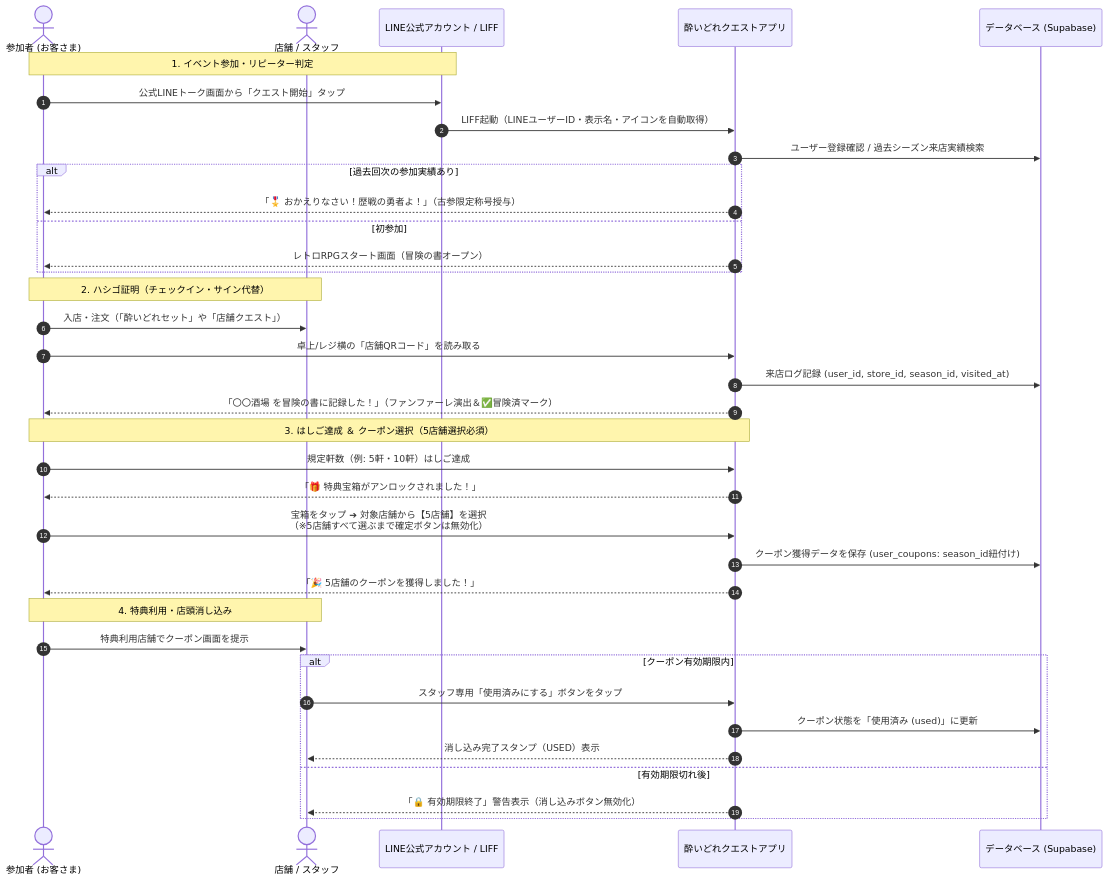
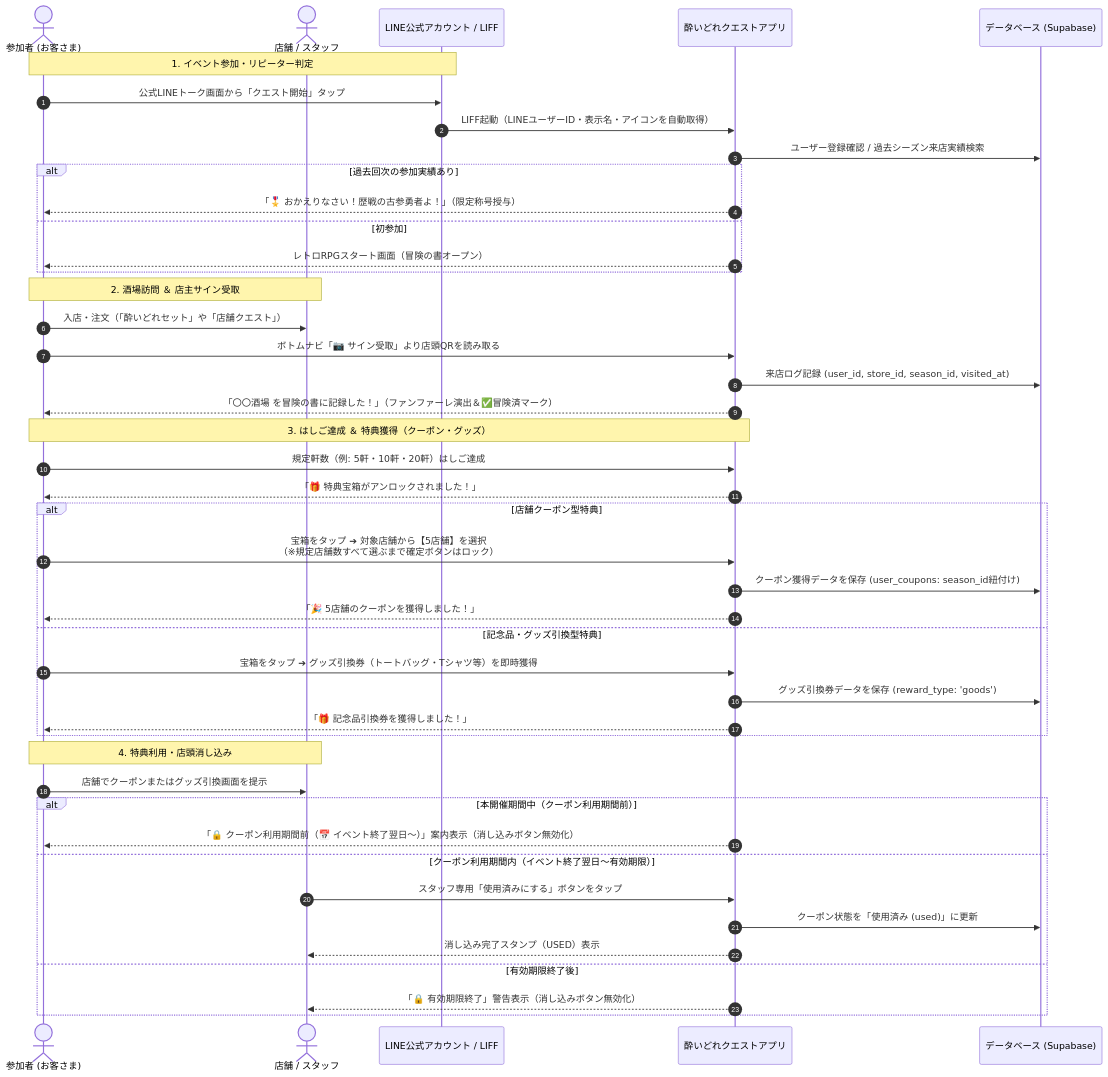
Before and after one commit to taishoyoidore-ui/yoidore-quest2: the second of 3 diagrams in SPECIFICATION.md, drawn with Mermaid. The commit also changed other lines of this file and 6 other files, not shown here.

````diff
--- a/SPECIFICATION.md
+++ b/SPECIFICATION.md
@@ -66,42 +68,50 @@
 ```mermaid
 sequenceDiagram
     autonumber
     actor User as 参加者 (お客さま)
     actor Shop as 店舗 / スタッフ
     participant LINE as LINE公式アカウント / LIFF
     participant App as 酔いどれクエストアプリ
     participant DB as データベース (Supabase)
 
     Note over User, LINE: 1. イベント参加・リピーター判定
     User->>LINE: 公式LINEトーク画面から「クエスト開始」タップ
     LINE->>App: LIFF起動（LINEユーザーID・表示名・アイコンを自動取得）
     App->>DB: ユーザー登録確認 / 過去シーズン来店実績検索
     alt 過去回次の参加実績あり
-        App-->>User: 「🎖️ おかえりなさい！歴戦の勇者よ！」（古参限定称号授与）
+        App-->>User: 「🎖️ おかえりなさい！歴戦の古参勇者よ！」（限定称号授与）
     else 初参加
         App-->>User: レトロRPGスタート画面（冒険の書オープン）
     end
 
-    Note over User, Shop: 2. ハシゴ証明（チェックイン・サイン代替）
+    Note over User, Shop: 2. 酒場訪問 ＆ 店主サイン受取
     User->>Shop: 入店・注文（「酔いどれセット」や「店舗クエスト」）
-    User->>App: 卓上/レジ横の「店舗QRコード」を読み取る
+    User->>App: ボトムナビ「📷 サイン受取」より店頭QRを読み取る
     App->>DB: 来店ログ記録 (user_id, store_id, season_id, visited_at)
     App-->>User: 「〇〇酒場 を冒険の書に記録した！」（ファンファーレ演出＆✅冒険済マーク）
 
-    Note over User, App: 3. はしご達成 ＆ クーポン選択（5店舗選択必須）
-    User->>App: 規定軒数（例: 5軒・10軒）はしご達成
+    Note over User, App: 3. はしご達成 ＆ 特典獲得（クーポン・グッズ）
+    User->>App: 規定軒数（例: 5軒・10軒・20軒）はしご達成
     App-->>User: 「🎁 特典宝箱がアンロックされました！」
-    User->>App: 宝箱をタップ ➔ 対象店舗から【5店舗】を選択<br/>（※5店舗すべて選ぶまで確定ボタンは無効化）
-    App->>DB: クーポン獲得データを保存 (user_coupons: season_id紐付け)
-    App-->>User: 「🎉 5店舗のクーポンを獲得しました！」
+    alt 店舗クーポン型特典
+        User->>App: 宝箱をタップ ➔ 対象店舗から【5店舗】を選択<br/>（※規定店舗数すべて選ぶまで確定ボタンはロック）
+        App->>DB: クーポン獲得データを保存 (user_coupons: season_id紐付け)
+        App-->>User: 「🎉 5店舗のクーポンを獲得しました！」
+    else 記念品・グッズ引換型特典
+        User->>App: 宝箱をタップ ➔ グッズ引換券（トートバッグ・Tシャツ等）を即時獲得
+        App->>DB: グッズ引換券データを保存 (reward_type: 'goods')
+        App-->>User: 「🎁 記念品引換券を獲得しました！」
+    end
 
     Note over User, Shop: 4. 特典利用・店頭消し込み
-    User->>Shop: 特典利用店舗でクーポン画面を提示
-    alt クーポン有効期限内
+    User->>Shop: 店舗でクーポンまたはグッズ引換画面を提示
+    alt 本開催期間中（クーポン利用期間前）
+        App-->>User: 「🔒 クーポン利用期間前（📅 イベント終了翌日〜）」案内表示（消し込みボタン無効化）
+    else クーポン利用期間内（イベント終了翌日〜有効期限）
         Shop->>App: スタッフ専用「使用済みにする」ボタンをタップ
         App->>DB: クーポン状態を「使用済み (used)」に更新
         App-->>Shop: 消し込み完了スタンプ（USED）表示
-    else 有効期限切れ後
+    else 有効期限終了後
         App-->>Shop: 「🔒 有効期限終了」警告表示（消し込みボタン無効化）
     end
 ```
````
